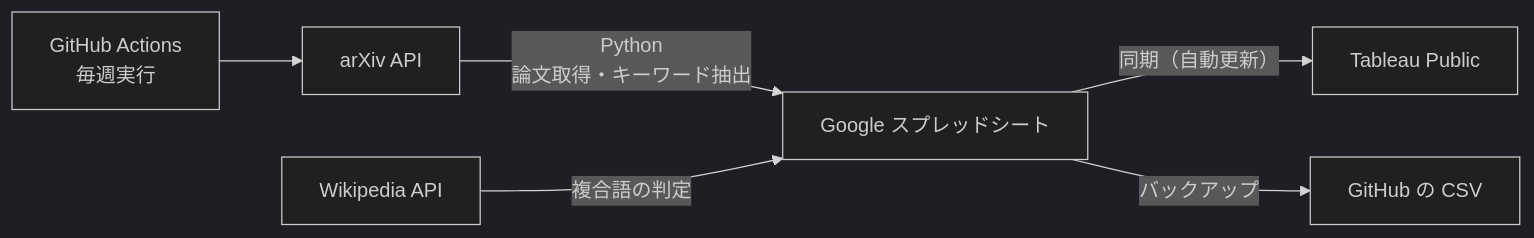
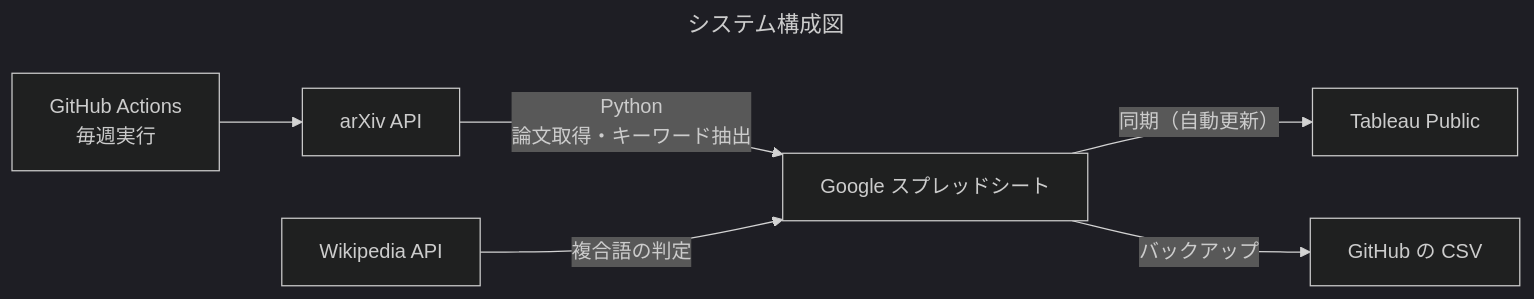
One commit to hats0902/tableau_arxiv changed the diagram in README.md. Above: the diagram before and after it, drawn with Mermaid (dark theme). The commit also changed other lines of this file and 2 other files, not shown here.

````diff
--- a/README.md
+++ b/README.md
@@ -16,8 +16,11 @@
 ```mermaid
+---
+title: システム構成図
+---
 flowchart LR
     A[arXiv API] -->|Python<br>論文取得・キーワード抽出| B[Google スプレッドシート]
     W[Wikipedia API] -->|複合語の判定| B
     B -->|同期（自動更新）| C[Tableau Public]
     B -->|バックアップ| D[GitHub の CSV]
     E[GitHub Actions<br>毎週実行] --> A
 ```
````
